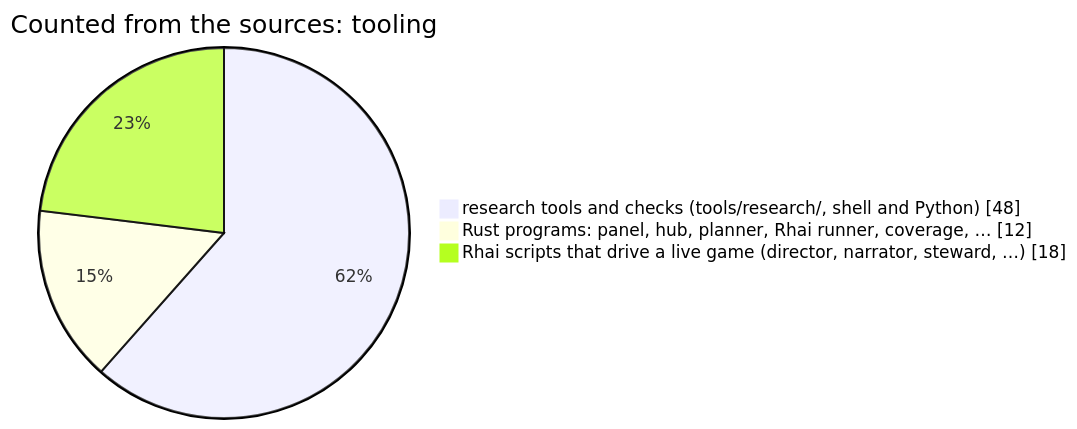
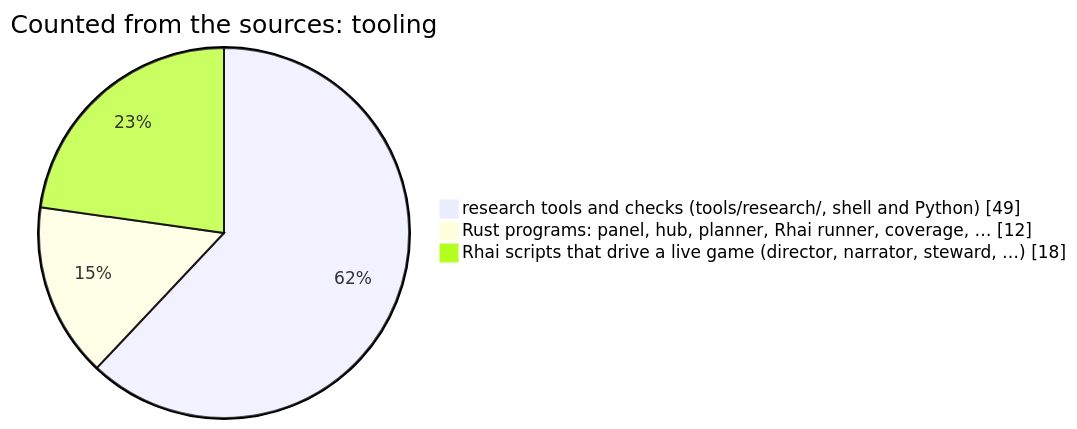
The seventh of 12 diagrams in README.md (korczis/OpenTTD), drawn with Mermaid before and after one commit. The commit also changed other lines of this file, not shown here.

Commit message:
Doc: [Surfaces] Regenerate derived regions after merging master
tools/surfaces/refresh-branch: origin/master merged into feature/battlebrain-experiment, then tools/surfaces/surfaces sync, so the derived regions count what the merge will hold.

````diff
--- a/README.md
+++ b/README.md
@@ -798,6 +798,6 @@
 ```mermaid
 pie showData title Counted from the sources: tooling
-    "research tools and checks (tools/research/, shell and Python)" : 48
+    "research tools and checks (tools/research/, shell and Python)" : 49
     "Rust programs: panel, hub, planner, Rhai runner, coverage, …" : 12
     "Rhai scripts that drive a live game (director, narrator, steward, …)" : 18
 ```
````
